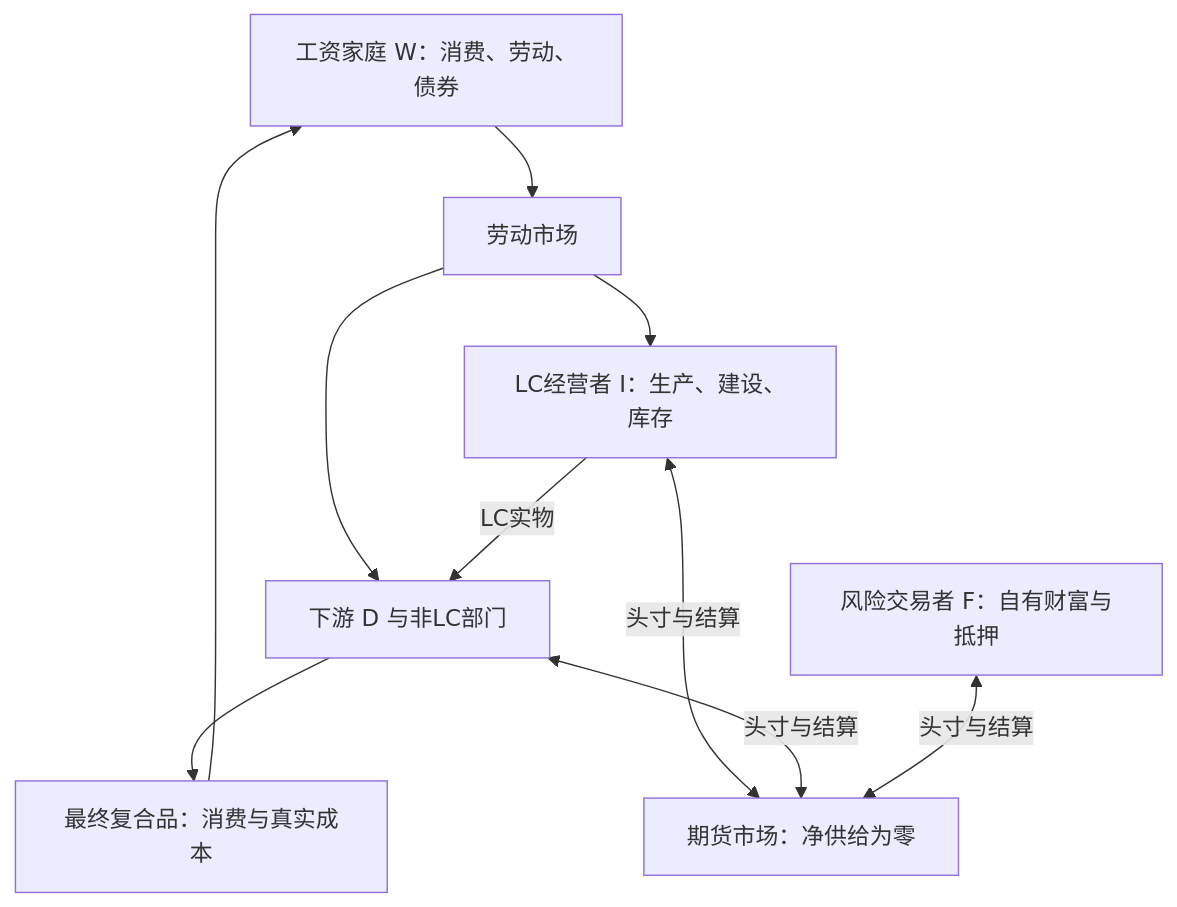
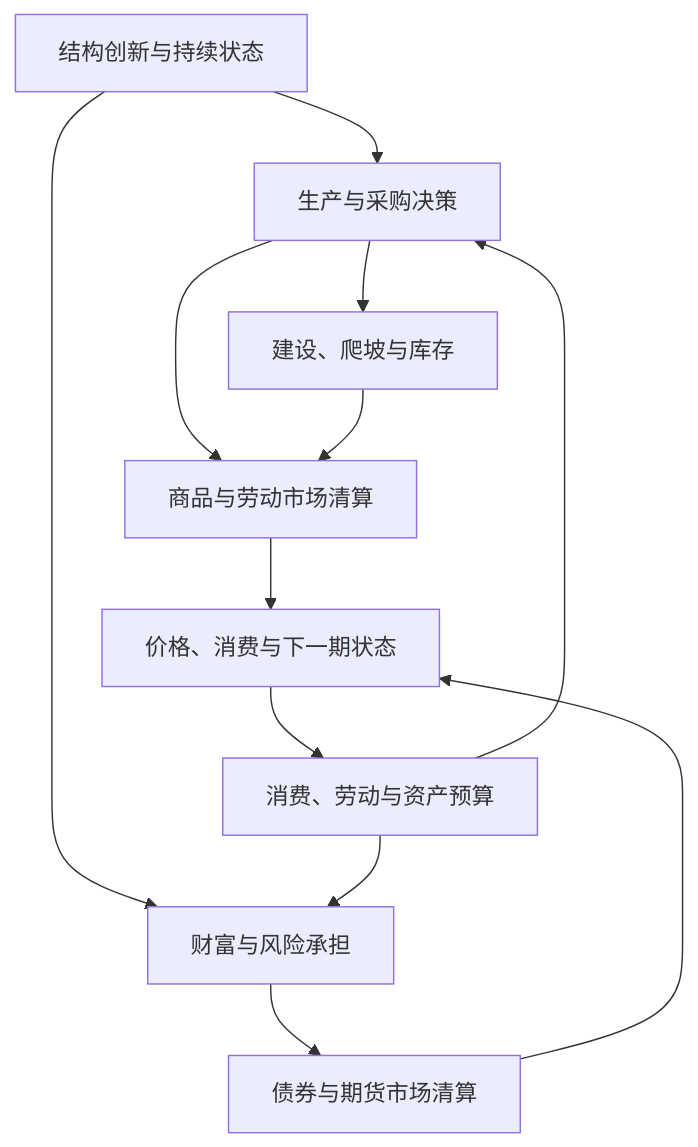
One commit to richardssheik107-hub/DSGE-LC changed the diagram in docs/03_dsge_blueprint.md. Above: the diagram before and after it, drawn with Mermaid. The commit also changed other lines of this file and 26 other files, not shown here.

````diff
--- a/docs/03_dsge_blueprint.md
+++ b/docs/03_dsge_blueprint.md
@@ -32,12 +15,14 @@
 ```mermaid
 flowchart TD
-  W["工资家庭 W：消费、劳动、债券"] --> L["劳动市场"]
-  L --> I["LC经营者 I：生产、建设、库存"]
-  L --> D["下游 D 与非LC部门"]
-  I -->|"LC实物"| D
-  D --> Y["最终复合品：消费与真实成本"]
-  Y --> W
-  I <-->|"头寸与结算"| H["期货市场：净供给为零"]
-  D <-->|"头寸与结算"| H
-  F["风险交易者 F：自有财富与抵押"] <-->|"头寸与结算"| H
+  Z["结构创新与持续状态"] --> B["生产与采购决策"]
+  Z --> F["财富与风险承担"]
+  H["消费、劳动与资产预算"] --> B
+  H --> F
+  B --> K["建设、爬坡与库存"]
+  B --> M["商品与劳动市场清算"]
+  F --> A["债券与期货市场清算"]
+  K --> M
+  M --> P["价格、消费与下一期状态"]
+  A --> P
+  P --> H
 ```
````
